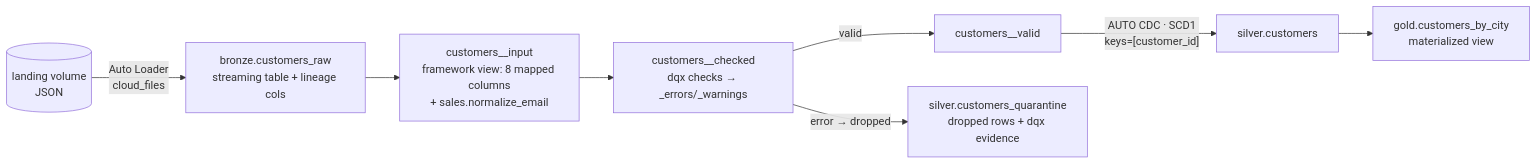
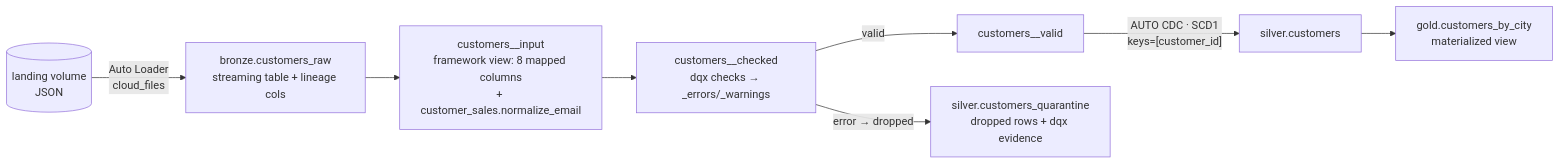
Before and after one commit to Vegash09/Demo_Lab: the third of 3 diagrams in README.md, drawn with Mermaid. The commit also changed other lines of this file and 65 other files, not shown here.

First line of the commit message:
Naming: folder paths mirror the UC namespace; sales example becomes customer_sales

````diff
--- a/README.md
+++ b/README.md
@@ -113,10 +116,10 @@
 ```mermaid
 flowchart LR
     LAND[("landing volume<br/>JSON")] -->|"Auto Loader<br/>cloud_files"| RAW["bronze.customers_raw<br/>streaming table + lineage cols"]
-    RAW --> IN["customers__input<br/>framework view: 8 mapped columns<br/>+ sales.normalize_email"]
+    RAW --> IN["customers__input<br/>framework view: 8 mapped columns<br/>+ customer_sales.normalize_email"]
     IN --> CHK["customers__checked<br/>dqx checks → _errors/_warnings"]
     CHK -->|valid| VAL["customers__valid"]
     CHK -->|"error → dropped"| QUAR["silver.customers_quarantine<br/>dropped rows + dqx evidence"]
     VAL -->|"AUTO CDC · SCD1<br/>keys=[customer_id]"| SIL["silver.customers"]
     SIL --> GOLD["gold.customers_by_city<br/>materialized view"]
 ```
````
